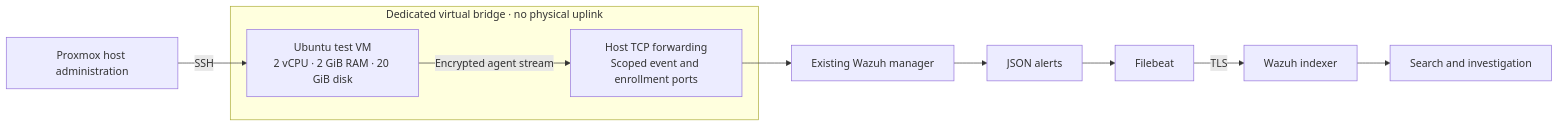
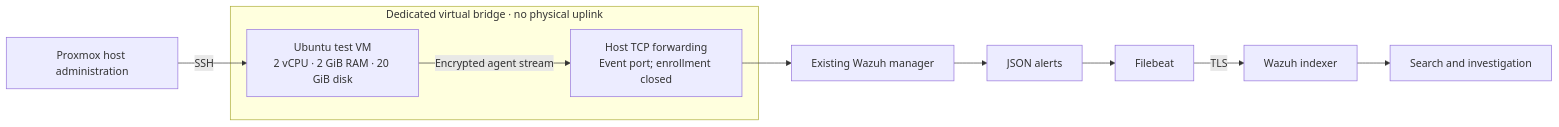
Before and after one commit to J0N3B0I/Wazuh-FIM-Lab: the diagram in README.md, drawn with Mermaid. The commit also changed other lines of this file and 7 other files, not shown here.

````diff
--- a/README.md
+++ b/README.md
@@ -23,14 +25,14 @@
 ```mermaid
 flowchart LR
     Admin["Proxmox host administration"] -->|SSH| Lab
     subgraph Isolated["Dedicated virtual bridge · no physical uplink"]
         Lab["Ubuntu test VM<br/>2 vCPU · 2 GiB RAM · 20 GiB disk"]
-        Forwarder["Host TCP forwarding<br/>Scoped event and enrollment ports"]
+        Forwarder["Host TCP forwarding<br/>Event port; enrollment closed"]
         Lab -->|Encrypted agent stream| Forwarder
     end
     Forwarder --> Manager["Existing Wazuh manager"]
     Manager --> Alerts["JSON alerts"]
     Alerts --> Filebeat
     Filebeat -->|TLS| Indexer["Wazuh indexer"]
     Indexer --> Investigation["Search and investigation"]
 ```
````
